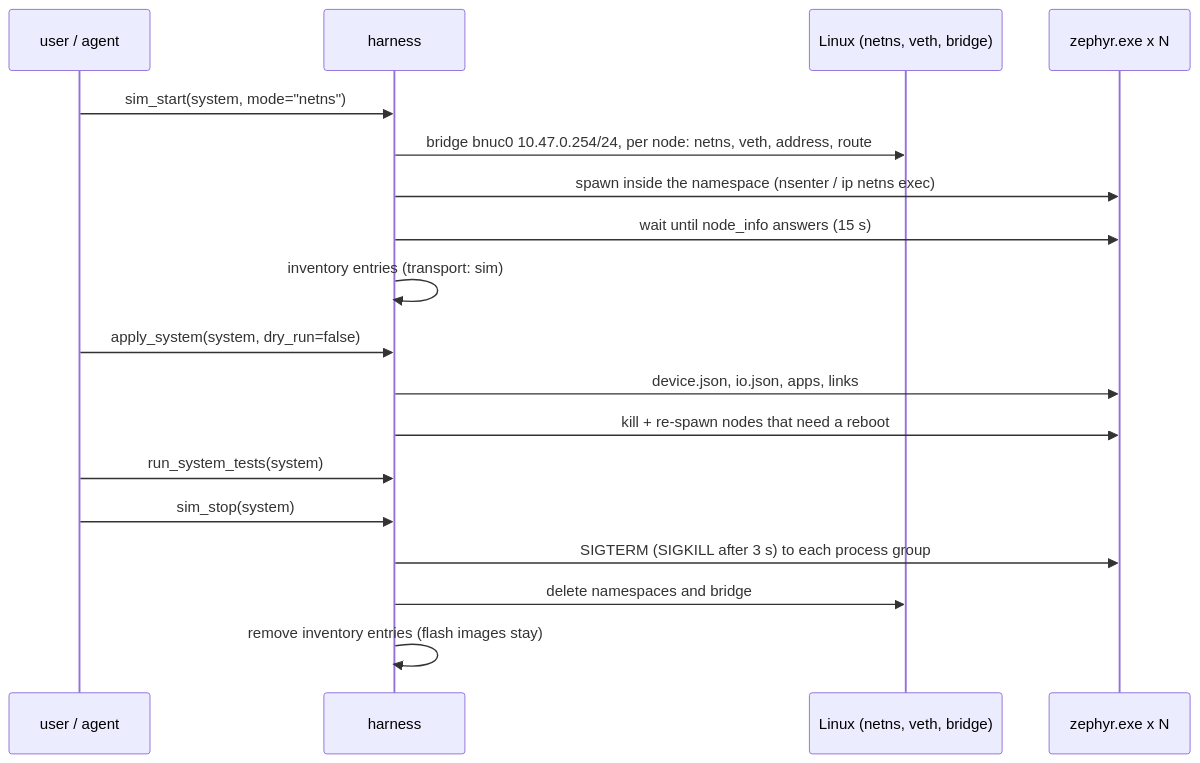
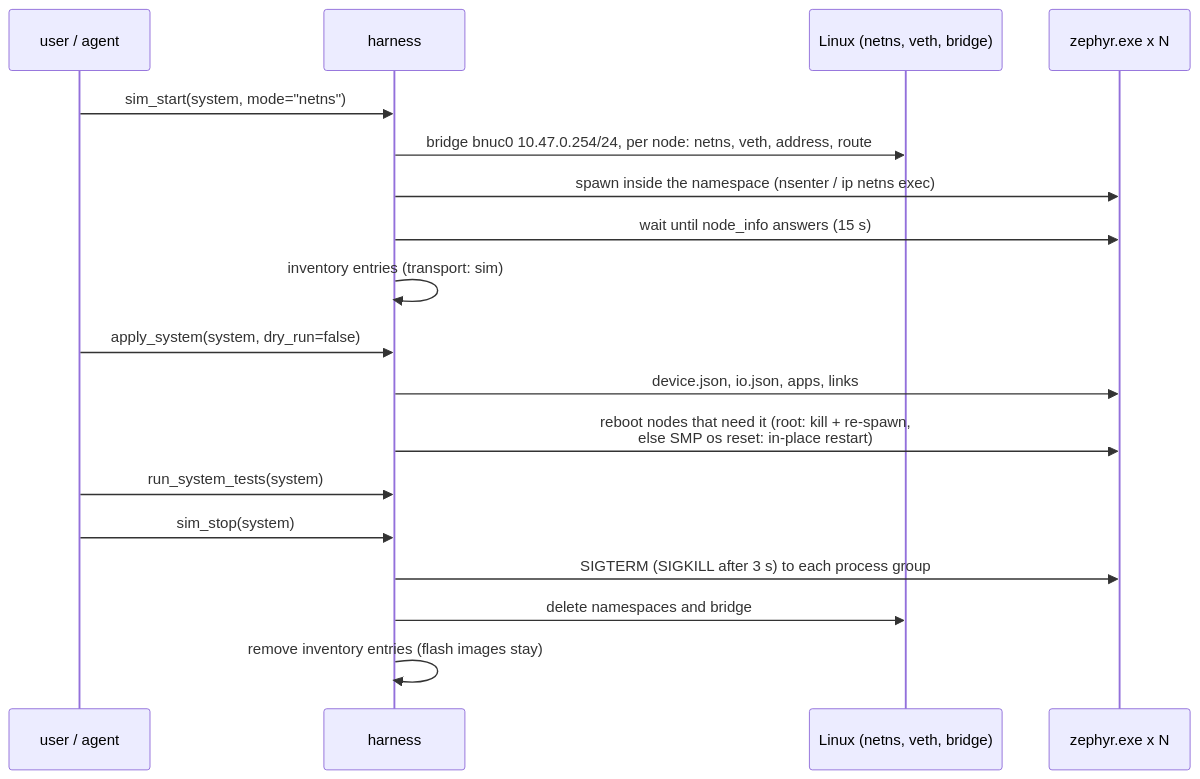
The second of 2 diagrams in docs/simulation.md (IlijaVorontsov/BACNet-uc), drawn with Mermaid before and after one commit. The commit also changed other lines of this file and 120 other files, not shown here.

````diff
--- a/docs/simulation.md
+++ b/docs/simulation.md
@@ -131,20 +131,20 @@
 ```mermaid
 sequenceDiagram
     participant U as user / agent
     participant H as harness
     participant K as Linux (netns, veth, bridge)
     participant N as zephyr.exe x N
     U->>H: sim_start(system, mode="netns")
     H->>K: bridge bnuc0 10.47.0.254/24, per node: netns, veth, address, route
     H->>N: spawn inside the namespace (nsenter / ip netns exec)
     H->>N: wait until node_info answers (15 s)
     H->>H: inventory entries (transport: sim)
     U->>H: apply_system(system, dry_run=false)
     H->>N: device.json, io.json, apps, links
-    H->>N: kill + re-spawn nodes that need a reboot
+    H->>N: reboot nodes that need it (root: kill + re-spawn,<br/>else SMP os reset: in-place restart)
     U->>H: run_system_tests(system)
     U->>H: sim_stop(system)
     H->>N: SIGTERM (SIGKILL after 3 s) to each process group
     H->>K: delete namespaces and bridge
     H->>H: remove inventory entries (flash images stay)
 ```
````
